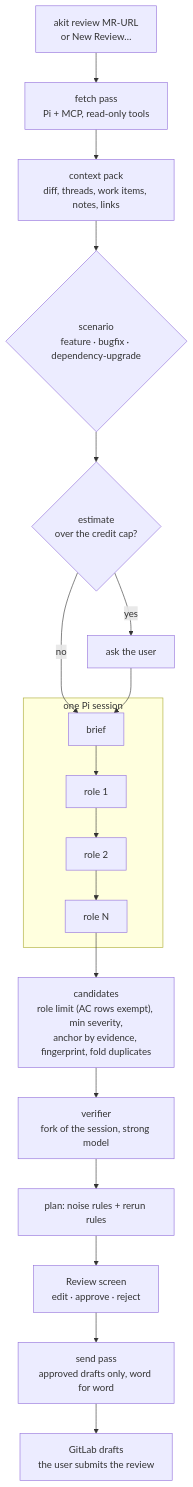
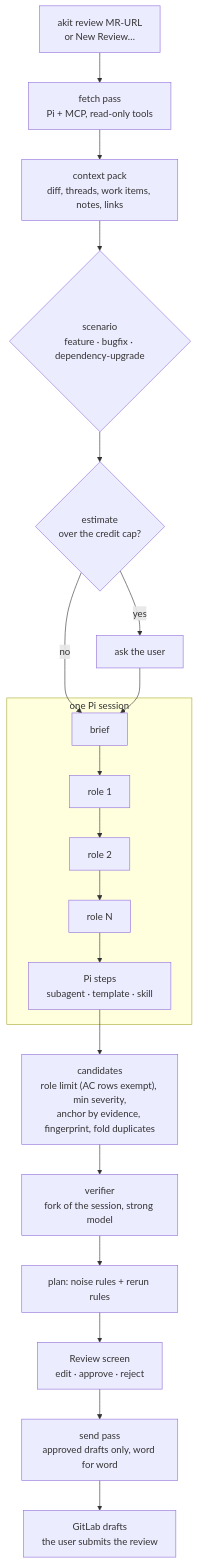
Before and after one commit to Stanislavussov/akit: the first of 2 diagrams in docs/design/review.md, drawn with Mermaid. The commit also changed other lines of this file and 19 other files, not shown here.

````diff
--- a/docs/design/review.md
+++ b/docs/design/review.md
@@ -353,19 +362,20 @@
 ```mermaid
 flowchart TD
     A["akit review MR-URL<br/>or New Review…"] --> F["fetch pass<br/>Pi + MCP, read-only tools"]
     F --> C["context pack<br/>diff, threads, work items, notes, links"]
     C --> S{"scenario<br/>feature · bugfix · dependency-upgrade"}
     S --> E{"estimate<br/>over the credit cap?"}
     E -- "yes" --> Q["ask the user"]
     E -- "no" --> B
     Q --> B
     subgraph P ["one Pi session"]
         B["brief"] --> R1["role 1"] --> R2["role 2"] --> RN["role N"]
+        RN --> ST["Pi steps<br/>subagent · template · skill"]
     end
-    RN --> K["candidates<br/>role limit (AC rows exempt), min severity,<br/>anchor by evidence, fingerprint, fold duplicates"]
+    ST --> K["candidates<br/>role limit (AC rows exempt), min severity,<br/>anchor by evidence, fingerprint, fold duplicates"]
     K --> V["verifier<br/>fork of the session, strong model"]
     V --> PL["plan: noise rules + rerun rules"]
     PL --> UI["Review screen<br/>edit · approve · reject"]
     UI --> SD["send pass<br/>approved drafts only, word for word"]
     SD --> GL["GitLab drafts<br/>the user submits the review"]
 ```
````
